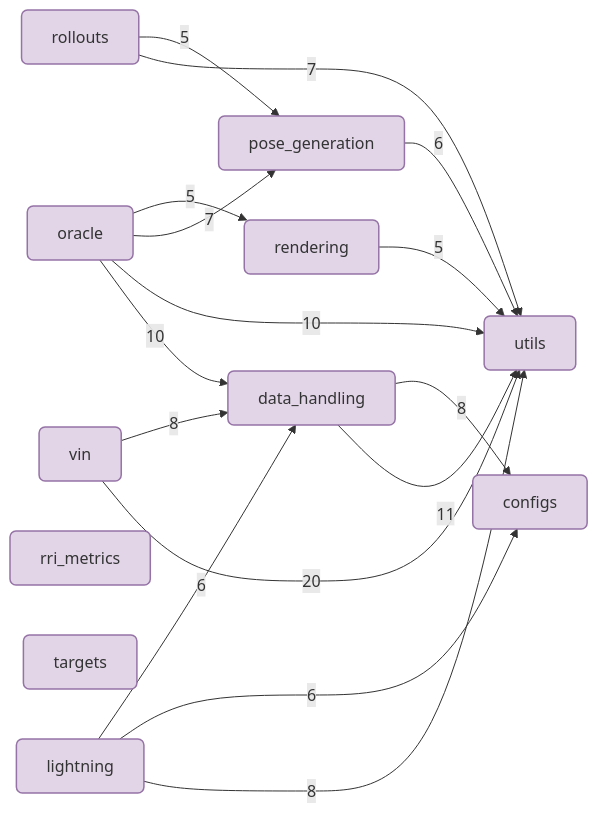
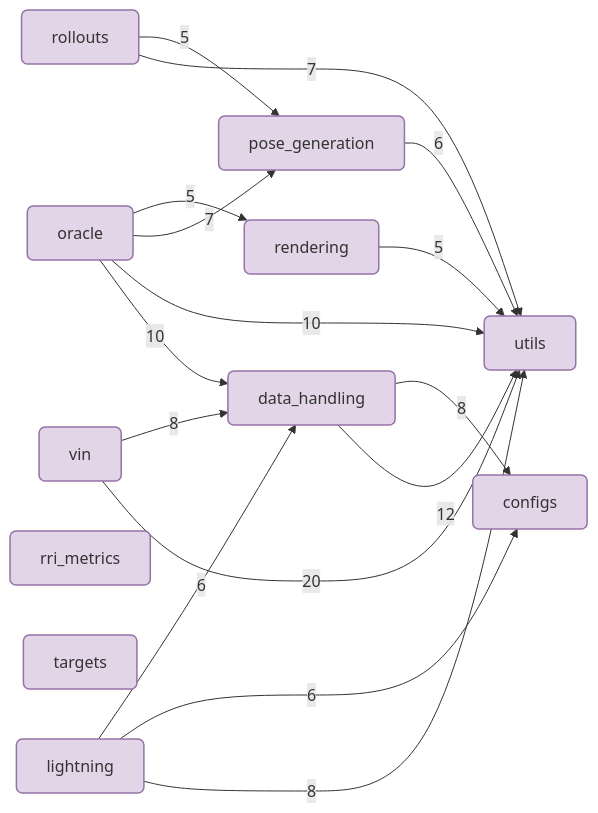
One commit to JanDuchscherer104/NBV changed the diagram in docs/reference/_package_dependencies.mmd. Above: the diagram before and after it, drawn with Mermaid. The commit also changed 117 other files, not shown here.

```diff
--- a/docs/reference/_package_dependencies.mmd
+++ b/docs/reference/_package_dependencies.mmd
@@ -1,35 +1,35 @@
 %% Generated by scripts/quartodoc_generate_dependency_diagram.py; do not edit.
 flowchart LR
   configs["configs"]
   data_handling["data_handling"]
   lightning["lightning"]
   oracle["oracle"]
   pose_generation["pose_generation"]
   rendering["rendering"]
   rollouts["rollouts"]
   rri_metrics["rri_metrics"]
   targets["targets"]
   utils["utils"]
   vin["vin"]
   vin -->|"20"| utils
-  data_handling -->|"11"| utils
+  data_handling -->|"12"| utils
   oracle -->|"10"| data_handling
   oracle -->|"10"| utils
   data_handling -->|"8"| configs
   lightning -->|"8"| utils
   vin -->|"8"| data_handling
   oracle -->|"7"| pose_generation
   rollouts -->|"7"| utils
   lightning -->|"6"| configs
   lightning -->|"6"| data_handling
   pose_generation -->|"6"| utils
   oracle -->|"5"| rendering
   rendering -->|"5"| utils
   rollouts -->|"5"| pose_generation
 
   classDef input fill:#D5E8D4,stroke:#82B366,stroke-width:1.5px,rx:0,ry:0;
   classDef output fill:#F8CECC,stroke:#B85450,stroke-width:1.5px,rx:0,ry:0;
   classDef compute fill:#E1D5E7,stroke:#9673A6,stroke-width:1.5px,rx:8,ry:8;
   classDef data fill:#F5F5F5,stroke:#9E9E9E,stroke-width:1.2px,rx:0,ry:0;
   classDef package fill:#E1D5E7,stroke:#9673A6,stroke-width:1.5px,rx:6,ry:6;
   class configs,data_handling,lightning,oracle,pose_generation,rendering,rollouts,rri_metrics,targets,utils,vin package;
```
